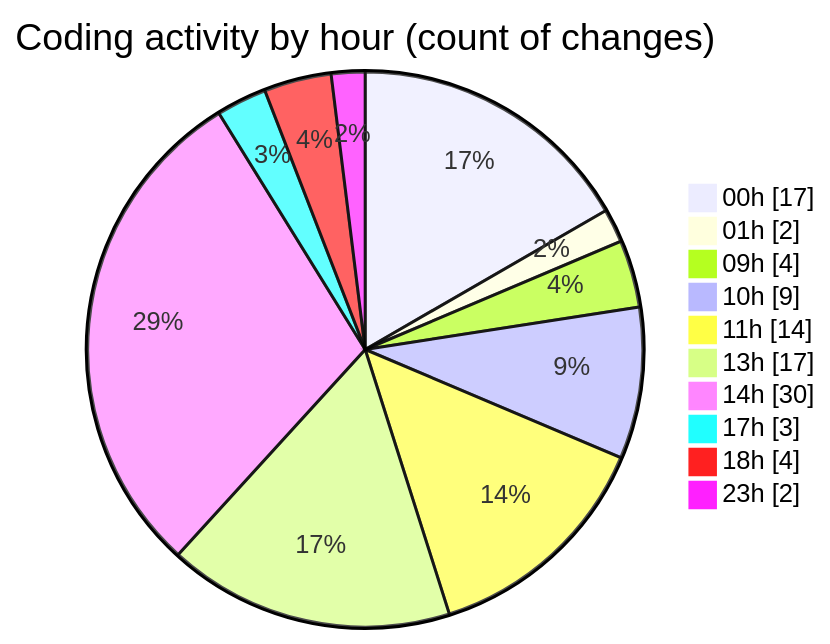
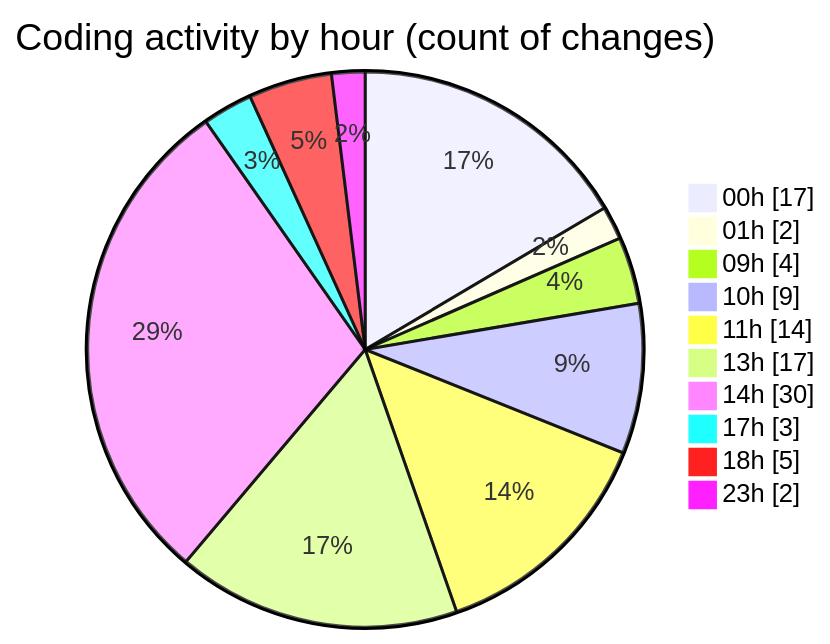
One commit to julien-gomy/code-tracking changed the second of 2 diagrams in 2025-10-29/eventscop-frontend-guide__workspace_/README.md. Above: the diagram before and after it, drawn with Mermaid. The commit also changed other lines of this file and 1 other file, not shown here.

````diff
--- a/2025-10-29/eventscop-frontend-guide__workspace_/README.md
+++ b/2025-10-29/eventscop-frontend-guide__workspace_/README.md
@@ -60,14 +60,14 @@
 ```mermaid
 pie showData
 title Coding activity by hour (count of changes)
 "00h" : 17
 "01h" : 2
 "09h" : 4
 "10h" : 9
 "11h" : 14
 "13h" : 17
 "14h" : 30
 "17h" : 3
-"18h" : 4
+"18h" : 5
 "23h" : 2
 ```
````
